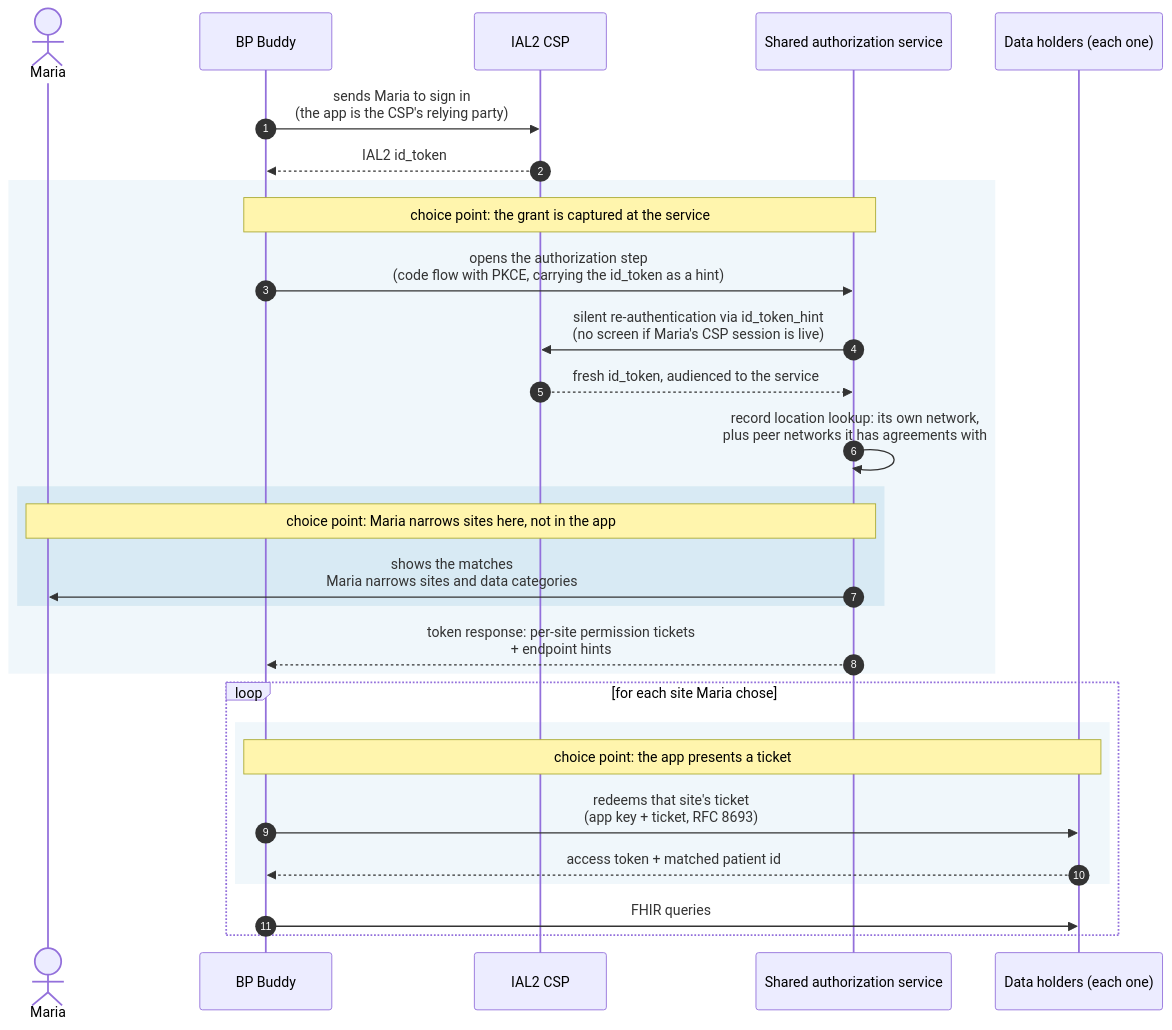
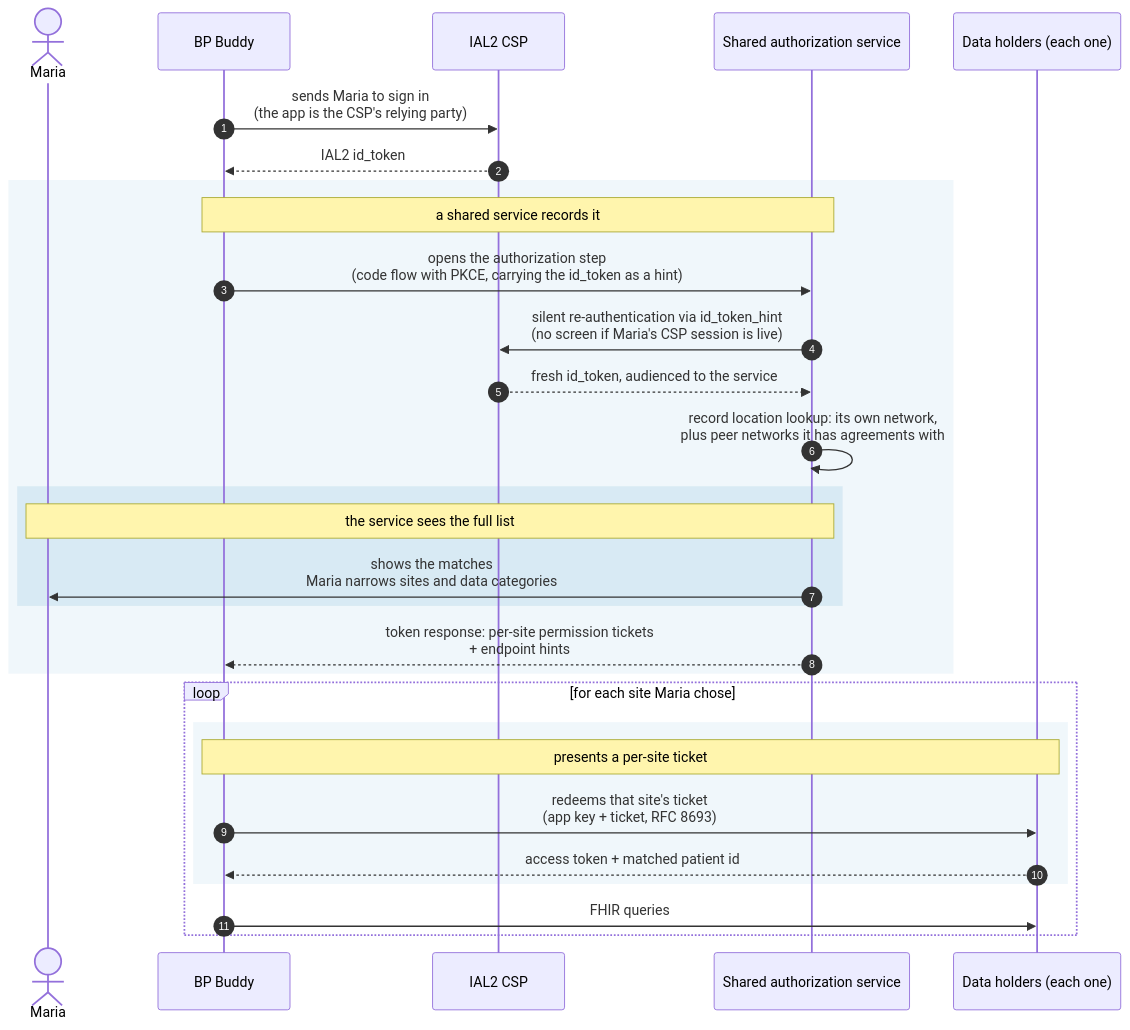
One commit to jmandel/cms-ns changed the fourth of 7 diagrams in authorizing-access.md. Above: the diagram before and after it, drawn with Mermaid. The commit also changed other lines of this file and 2 other files, not shown here.

````diff
--- a/authorizing-access.md
+++ b/authorizing-access.md
@@ -119,32 +118,32 @@
 ```mermaid
 sequenceDiagram
     autonumber
     actor Maria
     participant App as BP Buddy
     participant CSP as IAL2 CSP
     participant SAS as Shared authorization service
     participant DH as Data holders (each one)
 
     App->>CSP: sends Maria to sign in<br/>(the app is the CSP's relying party)
     CSP-->>App: IAL2 id_token
     rect rgba(0, 114, 178, 0.06)
-        Note over App,SAS: choice point: the grant is captured at the service
+        Note over App,SAS: a shared service records it
         App->>SAS: opens the authorization step<br/>(code flow with PKCE, carrying the id_token as a hint)
         SAS->>CSP: silent re-authentication via id_token_hint<br/>(no screen if Maria's CSP session is live)
         CSP-->>SAS: fresh id_token, audienced to the service
         SAS->>SAS: record location lookup: its own network,<br/>plus peer networks it has agreements with
         rect rgba(0, 114, 178, 0.10)
-            Note over Maria,SAS: choice point: Maria narrows sites here, not in the app
+            Note over Maria,SAS: the service sees the full list
             SAS->>Maria: shows the matches<br/>Maria narrows sites and data categories
         end
         SAS-->>App: token response: per-site permission tickets<br/>+ endpoint hints
     end
     loop for each site Maria chose
         rect rgba(0, 114, 178, 0.06)
-            Note over App,DH: choice point: the app presents a ticket
+            Note over App,DH: presents a per-site ticket
             App->>DH: redeems that site's ticket<br/>(app key + ticket, RFC 8693)
             DH-->>App: access token + matched patient id
         end
         App->>DH: FHIR queries
     end
 ```
````
